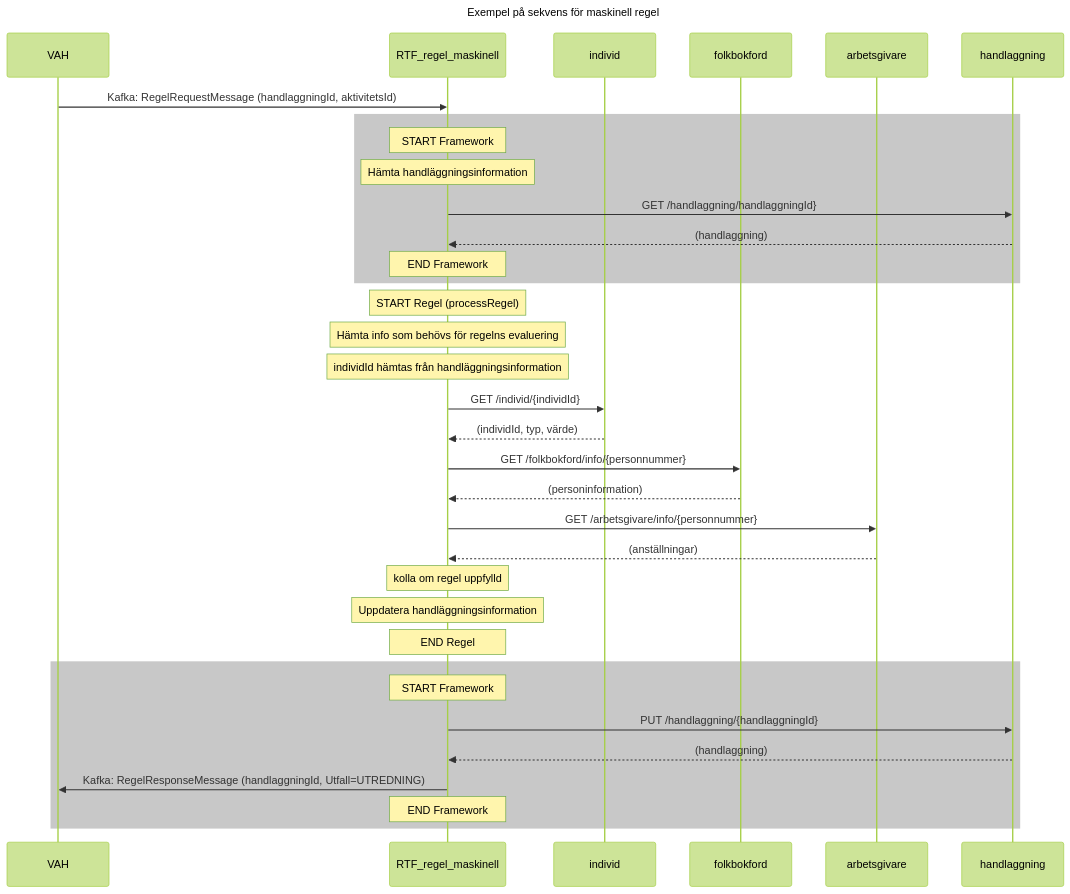
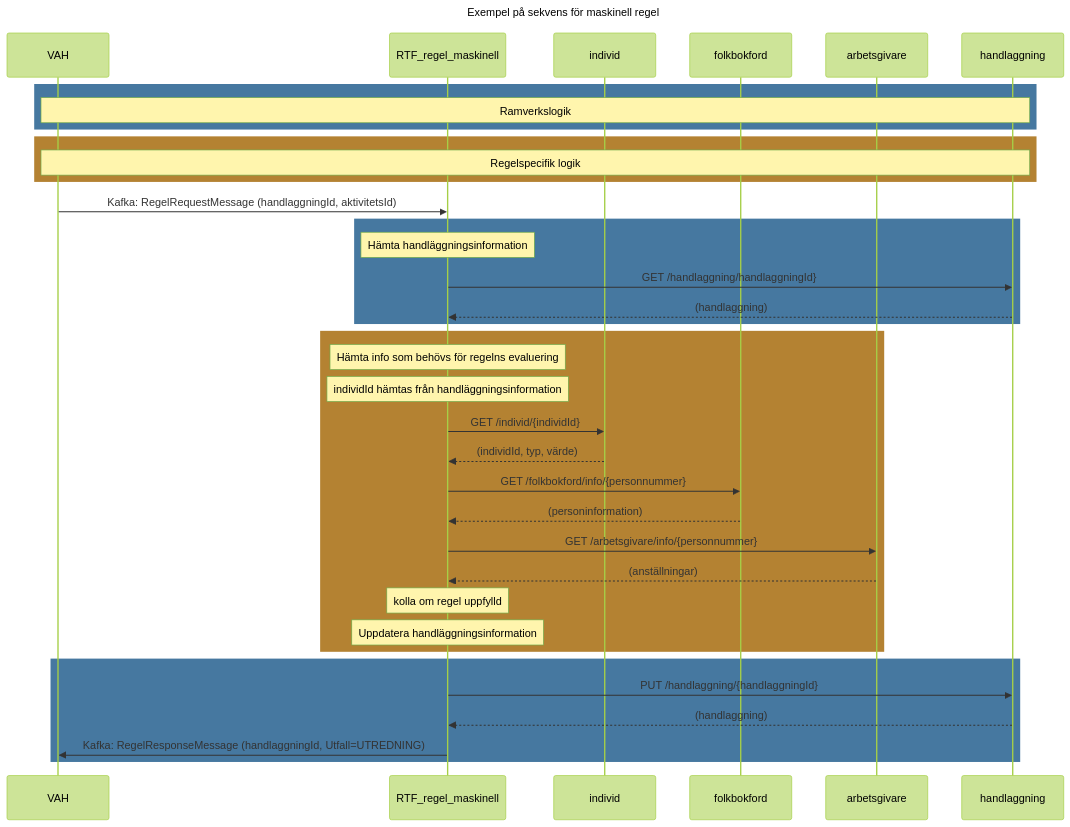
One commit to Forsakringskassan/rimfrost changed the diagram in sequences/ratt_till_forsakring_maskinell.mmd. Above: the diagram before and after it, drawn with Mermaid (forest theme). The commit also changed 5 other files, not shown here.

Commit message:
fix: replace START/END noteovers with color-coded rects across all sequences

```diff
--- a/sequences/ratt_till_forsakring_maskinell.mmd
+++ b/sequences/ratt_till_forsakring_maskinell.mmd
@@ -1,47 +1,48 @@
 sequenceDiagram
 title Exempel på sekvens för maskinell regel
-participant VAH
-participant RTF_regel_maskinell
-participant individ
-participant folkbokford
-participant arbetsgivare
-participant handlaggning
 
-VAH ->> RTF_regel_maskinell: Kafka: RegelRequestMessage (handlaggningId, aktivitetsId)
+    participant VAH
+    participant RTF_regel_maskinell
+    participant individ
+    participant folkbokford
+    participant arbetsgivare
+    participant handlaggning
 
-rect rgb(200, 200, 200)
-    note over RTF_regel_maskinell: START Framework
-        note over RTF_regel_maskinell: Hämta handläggningsinformation
-        RTF_regel_maskinell ->> handlaggning: GET /handlaggning/handlaggningId}
-        handlaggning -->> RTF_regel_maskinell: (handlaggning)
-    note over RTF_regel_maskinell: END Framework
+rect rgb(70, 120, 160)
+    note over VAH,handlaggning: Ramverkslogik
+end
+rect rgb(180, 130, 50)
+    note over VAH,handlaggning: Regelspecifik logik
 end
 
-note over RTF_regel_maskinell: START Regel (processRegel)
+    VAH ->> RTF_regel_maskinell: Kafka: RegelRequestMessage (handlaggningId, aktivitetsId)
+
+rect rgb(70, 120, 160)
+    note over RTF_regel_maskinell: Hämta handläggningsinformation
+    RTF_regel_maskinell ->> handlaggning: GET /handlaggning/handlaggningId}
+    handlaggning -->> RTF_regel_maskinell: (handlaggning)
+end
+
+rect rgb(180, 130, 50)
     note over RTF_regel_maskinell: Hämta info som behövs för regelns evaluering
     note over RTF_regel_maskinell: individId hämtas från handläggningsinformation
 
     RTF_regel_maskinell ->> individ: GET /individ/{individId}
     individ -->> RTF_regel_maskinell: (individId, typ, värde)
 
     RTF_regel_maskinell ->> folkbokford: GET /folkbokford/info/{personnummer}
     folkbokford -->> RTF_regel_maskinell: (personinformation)
 
     RTF_regel_maskinell ->> arbetsgivare: GET /arbetsgivare/info/{personnummer}
     arbetsgivare -->> RTF_regel_maskinell: (anställningar)
 
     note over RTF_regel_maskinell: kolla om regel uppfylld
     note over RTF_regel_maskinell: Uppdatera handläggningsinformation
+end
 
-note over RTF_regel_maskinell: END Regel
+rect rgb(70, 120, 160)
+    RTF_regel_maskinell ->> handlaggning: PUT /handlaggning/{handlaggningId}
+    handlaggning -->> RTF_regel_maskinell: (handlaggning)
 
-rect rgb(200, 200, 200)
-    note over RTF_regel_maskinell: START Framework
-
-        RTF_regel_maskinell ->> handlaggning: PUT /handlaggning/{handlaggningId}
-        handlaggning -->> RTF_regel_maskinell: (handlaggning)
-
-        RTF_regel_maskinell ->> VAH: Kafka: RegelResponseMessage (handlaggningId, Utfall=UTREDNING)
-
-    note over RTF_regel_maskinell: END Framework
+    RTF_regel_maskinell ->> VAH: Kafka: RegelResponseMessage (handlaggningId, Utfall=UTREDNING)
 end
```
